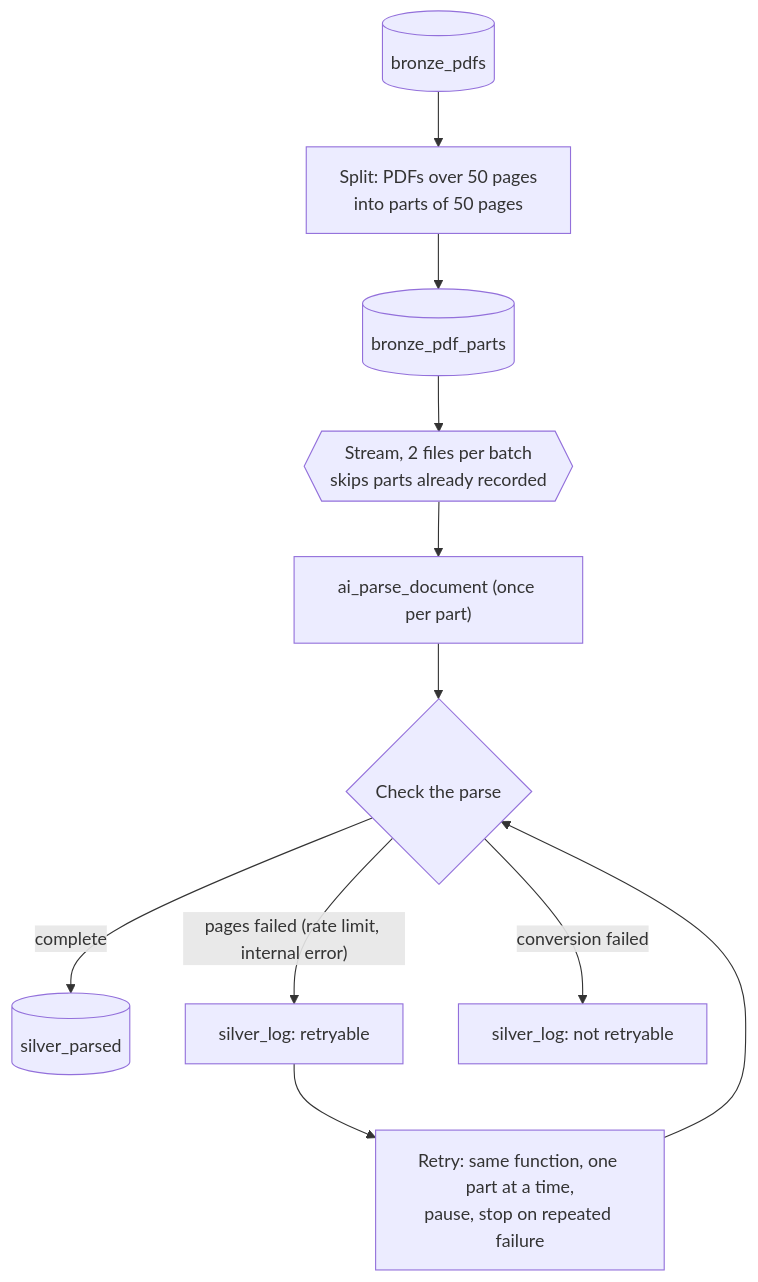
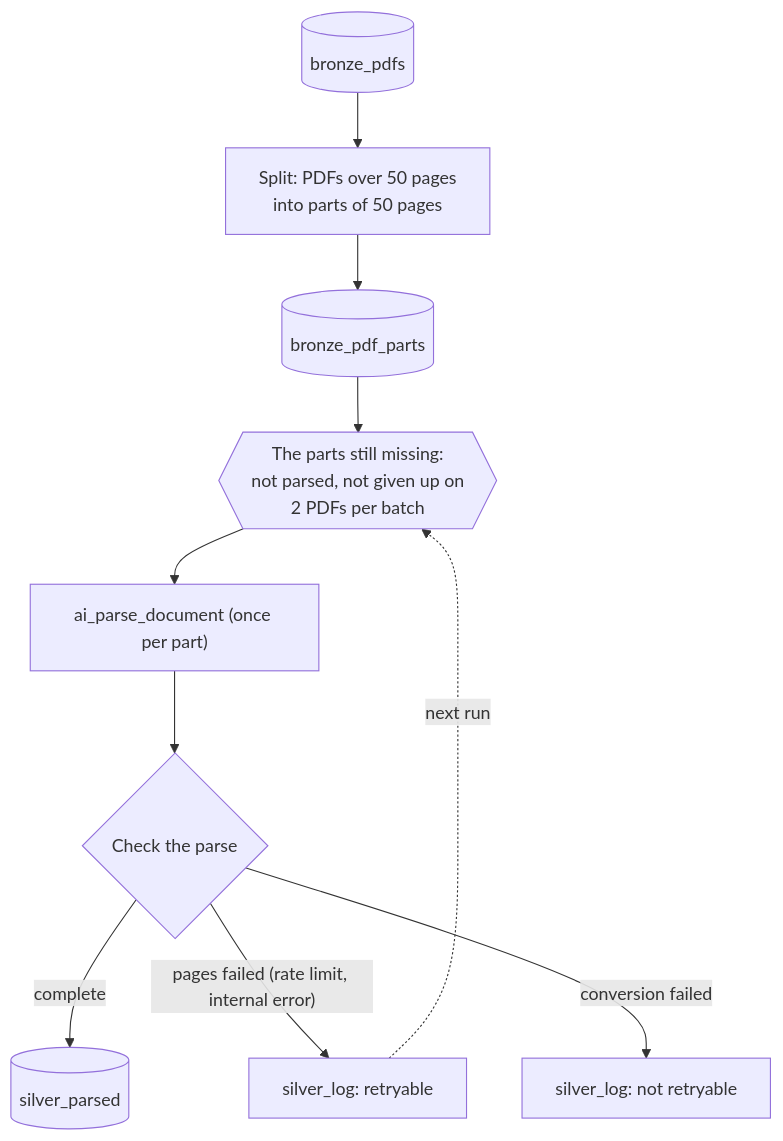
Before and after one commit to SuddhaswattaMaityUK/dbx-finance-bench-rag: the second of 2 diagrams in README.md, drawn with Mermaid. The commit also changed other lines of this file and 8 other files, not shown here.

````diff
--- a/README.md
+++ b/README.md
@@ -112,13 +112,12 @@
 ```mermaid
 flowchart TD
     B[(bronze_pdfs)] --> X["Split: PDFs over 50 pages<br/>into parts of 50 pages"]
     X --> T[(bronze_pdf_parts)]
-    T --> S{{"Stream, 2 files per batch<br/>skips parts already recorded"}}
+    T --> S{{"The parts still missing:<br/>not parsed, not given up on<br/>2 PDFs per batch"}}
     S --> A["ai_parse_document (once per part)"]
     A --> C{"Check the parse"}
     C -- "complete" --> P[(silver_parsed)]
     C -- "pages failed (rate limit, internal error)" --> L1["silver_log: retryable"]
     C -- "conversion failed" --> L2["silver_log: not retryable"]
-    L1 --> R["Retry: same function, one part at a time,<br/>pause, stop on repeated failure"]
-    R --> C
+    L1 -.->|"next run"| S
 ```
````
